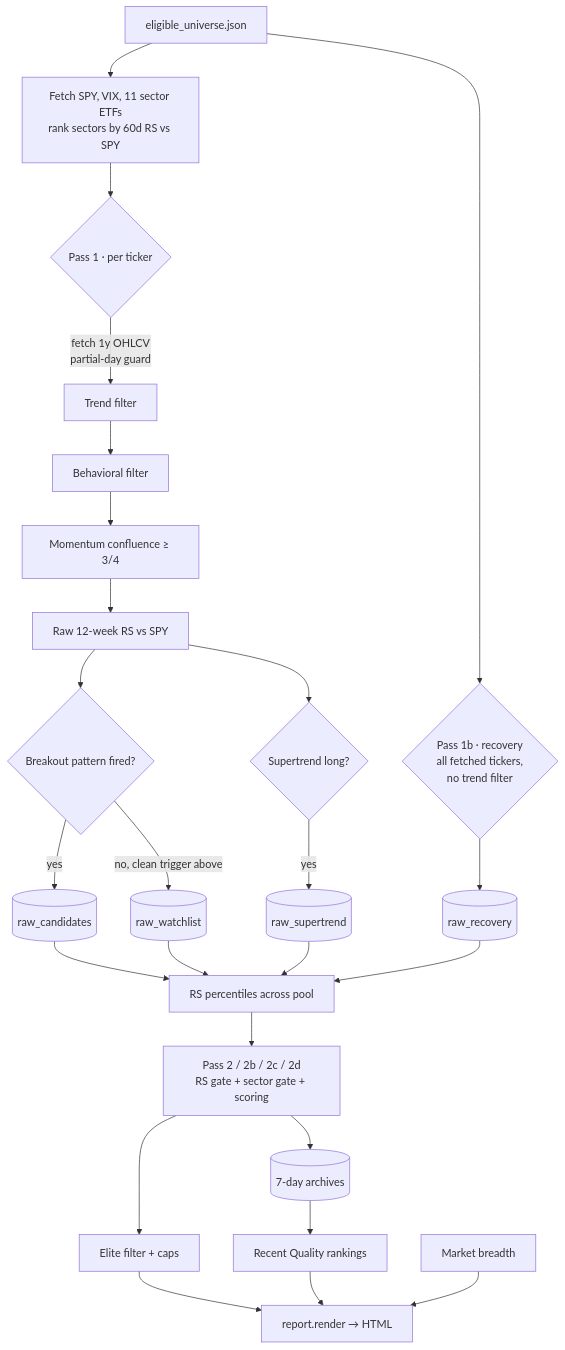
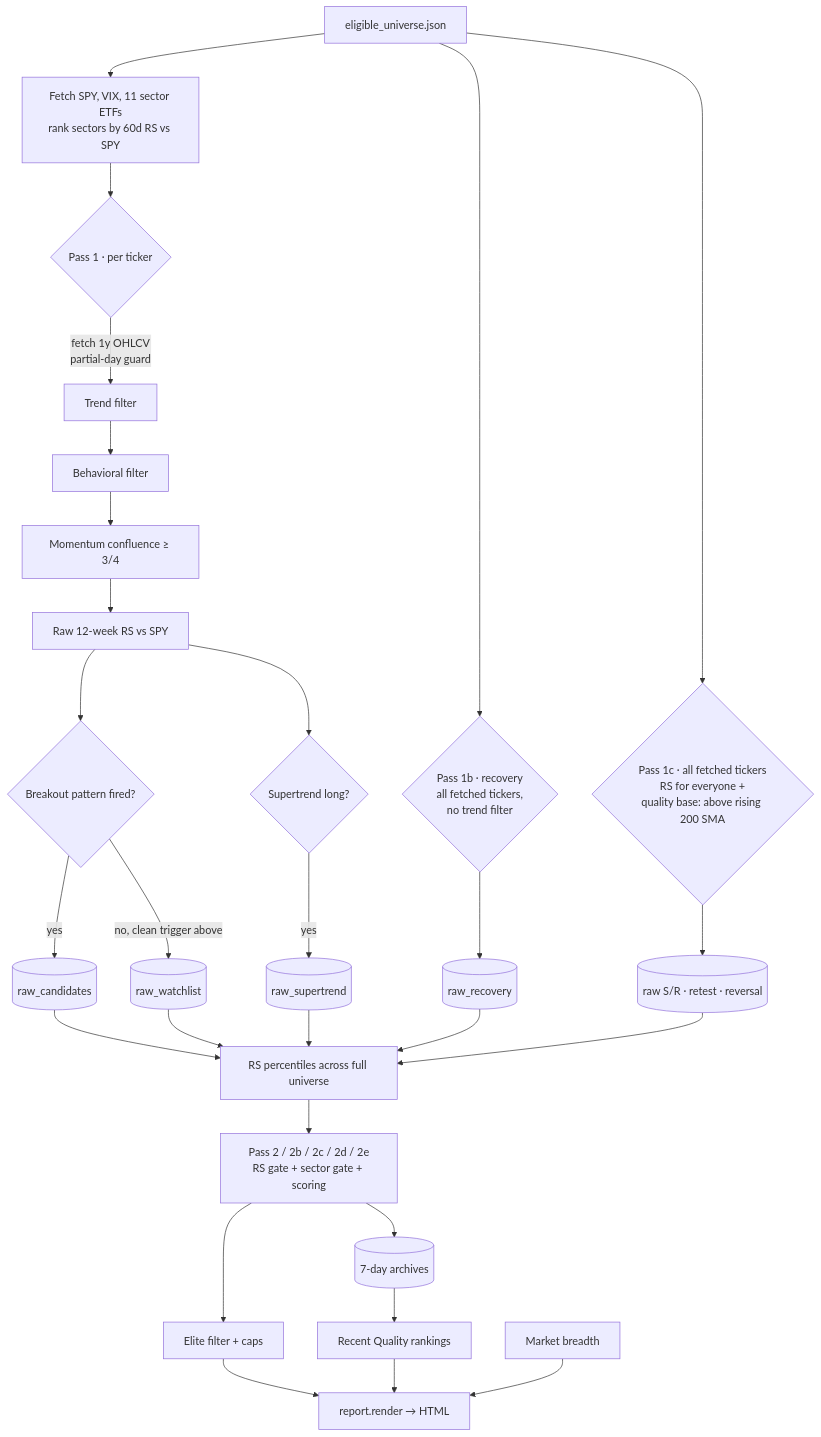
One commit to jaggadhruv/breakout-swing-signals-tool changed the diagram in ARCHITECTURE.md. Above: the diagram before and after it, drawn with Mermaid. The commit also changed other lines of this file and 3 other files, not shown here.

````diff
--- a/ARCHITECTURE.md
+++ b/ARCHITECTURE.md
@@ -96,24 +96,26 @@
 ```mermaid
 flowchart TD
     U[eligible_universe.json] --> F[Fetch SPY, VIX, 11 sector ETFs<br/>rank sectors by 60d RS vs SPY]
     F --> P1{Pass 1 · per ticker}
     P1 -->|fetch 1y OHLCV<br/>partial-day guard| T[Trend filter]
     T --> B[Behavioral filter]
     B --> M[Momentum confluence ≥ 3/4]
     M --> RS1[Raw 12-week RS vs SPY]
     RS1 --> ST{Supertrend long?}
     ST -->|yes| RST[(raw_supertrend)]
     RS1 --> PAT{Breakout pattern fired?}
     PAT -->|yes| RBO[(raw_candidates)]
     PAT -->|no, clean trigger above| RWL[(raw_watchlist)]
 
     U --> P1B{Pass 1b · recovery<br/>all fetched tickers,<br/>no trend filter}
     P1B --> RREC[(raw_recovery)]
+    U --> P1C{Pass 1c · all fetched tickers<br/>RS for everyone +<br/>quality base: above rising 200 SMA}
+    P1C --> RSR[(raw S/R · retest · reversal)]
 
-    RBO & RWL & RST & RREC --> PCT[RS percentiles across pool]
-    PCT --> P2[Pass 2 / 2b / 2c / 2d<br/>RS gate + sector gate + scoring]
+    RBO & RWL & RST & RREC & RSR --> PCT[RS percentiles across full universe]
+    PCT --> P2[Pass 2 / 2b / 2c / 2d / 2e<br/>RS gate + sector gate + scoring]
     P2 --> AR[(7-day archives)]
     P2 --> EL[Elite filter + caps]
     AR --> RQ[Recent Quality rankings]
     EL & RQ & BR[Market breadth] --> R[report.render → HTML]
 ```
````
